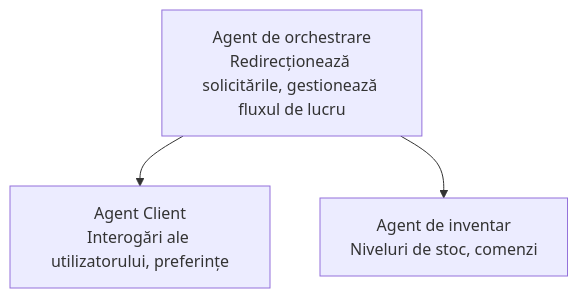
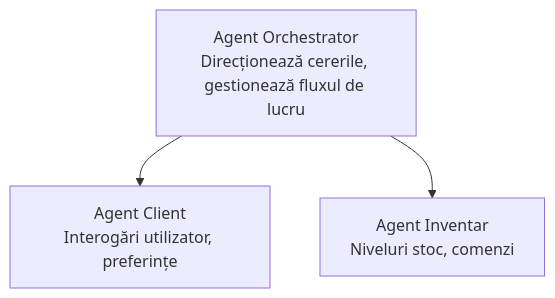
One commit to microsoft/AZD-for-beginners changed the diagram in translations/ro/docs/chapter-05-multi-agent/README.md. Above: the diagram before and after it, drawn with Mermaid. The commit also changed other lines of this file and 104 other files, not shown here.

````diff
--- a/translations/ro/docs/chapter-05-multi-agent/README.md
+++ b/translations/ro/docs/chapter-05-multi-agent/README.md
@@ -52,5 +54,5 @@
 ```mermaid
 graph TD
-    Orchestrator[Agent de orchestrare<br/>Redirecționează solicitările, gestionează fluxul de lucru] --> Customer[Agent Client<br/>Interogări ale utilizatorului, preferințe]
-    Orchestrator --> Inventory[Agent de inventar<br/>Niveluri de stoc, comenzi]
+    Orchestrator[Agent Orchestrator<br/>Direcționează cererile, gestionează fluxul de lucru] --> Customer[Agent Client<br/>Interogări utilizator, preferințe]
+    Orchestrator --> Inventory[Agent Inventar<br/>Niveluri stoc, comenzi]
 ```
````
